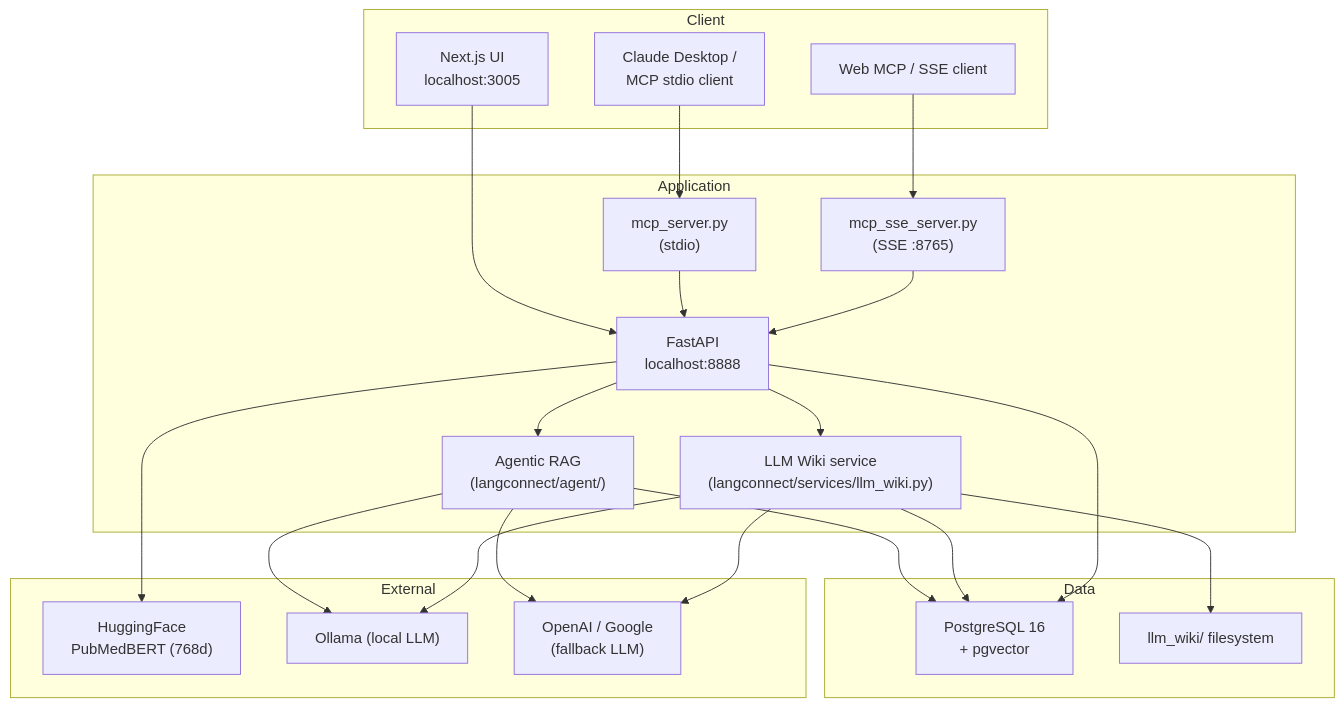
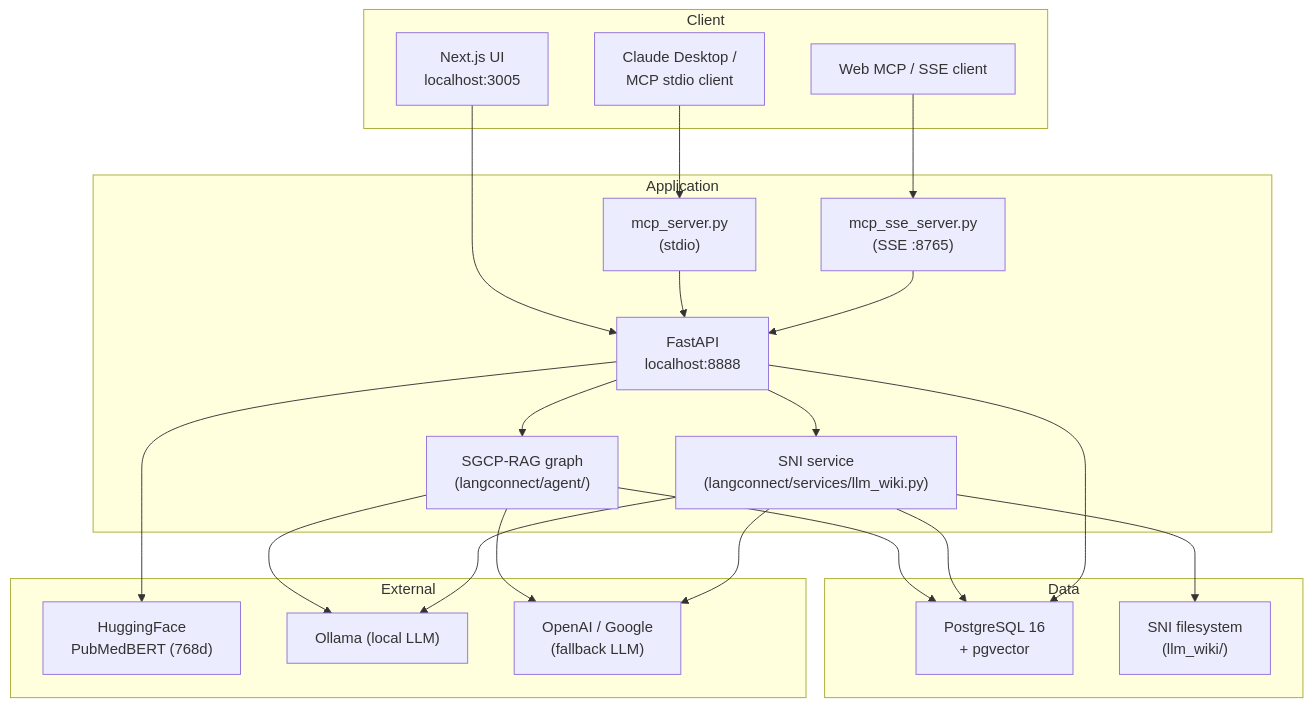
Before and after one commit to junghyunJJ/sgcp-rag: the second of 2 diagrams in README.md, drawn with Mermaid. The commit also changed other lines of this file, not shown here.

First line of the commit message:
Rewrite README to match SGCP-RAG paper terminology and cover recent features

````diff
--- a/README.md
+++ b/README.md
@@ -229,44 +244,44 @@
 ```mermaid
 graph TB
     subgraph "Client"
         UI["Next.js UI<br/>localhost:3005"]
         CD["Claude Desktop /<br/>MCP stdio client"]
         SSE["Web MCP / SSE client"]
     end
 
     subgraph "Application"
         API["FastAPI<br/>localhost:8888"]
         MCPS["mcp_server.py<br/>(stdio)"]
         MCPSSE["mcp_sse_server.py<br/>(SSE :8765)"]
-        AGENT["Agentic RAG<br/>(langconnect/agent/)"]
-        WIKI["LLM Wiki service<br/>(langconnect/services/llm_wiki.py)"]
+        AGENT["SGCP-RAG graph<br/>(langconnect/agent/)"]
+        WIKI["SNI service<br/>(langconnect/services/llm_wiki.py)"]
     end
 
     subgraph "Data"
         PG["PostgreSQL 16<br/>+ pgvector"]
-        FS["llm_wiki/ filesystem"]
+        FS["SNI filesystem<br/>(llm_wiki/)"]
     end
 
     subgraph "External"
         EMB["HuggingFace<br/>PubMedBERT (768d)"]
         OLLAMA["Ollama (local LLM)"]
         OAI["OpenAI / Google<br/>(fallback LLM)"]
     end
 
     UI --> API
     CD --> MCPS
     SSE --> MCPSSE
     MCPS --> API
     MCPSSE --> API
     API --> AGENT
     API --> WIKI
     AGENT --> PG
     AGENT --> OLLAMA
     AGENT --> OAI
     WIKI --> PG
     WIKI --> OLLAMA
     WIKI --> OAI
     WIKI --> FS
     API --> EMB
     API --> PG
 ```
````
